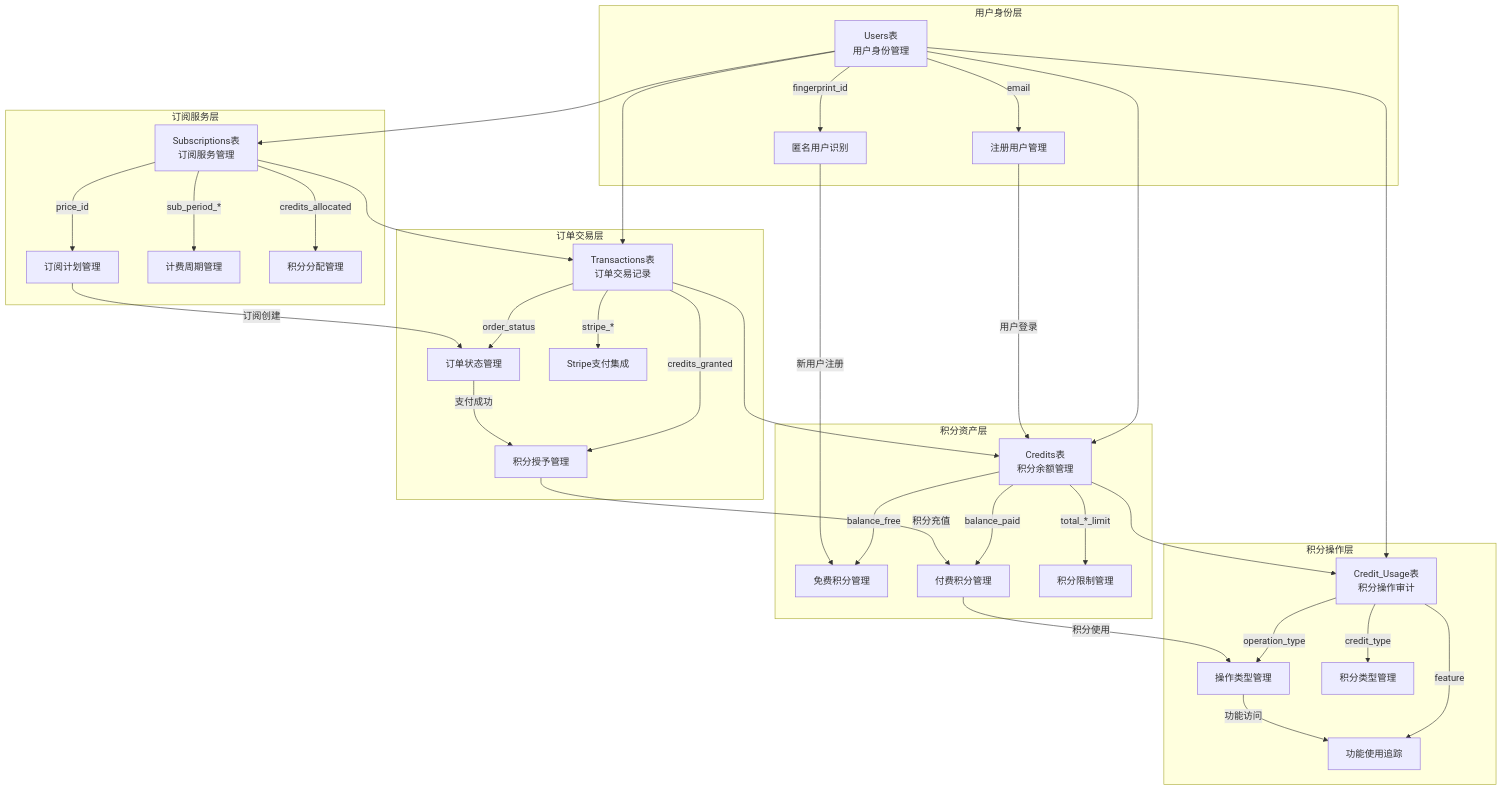
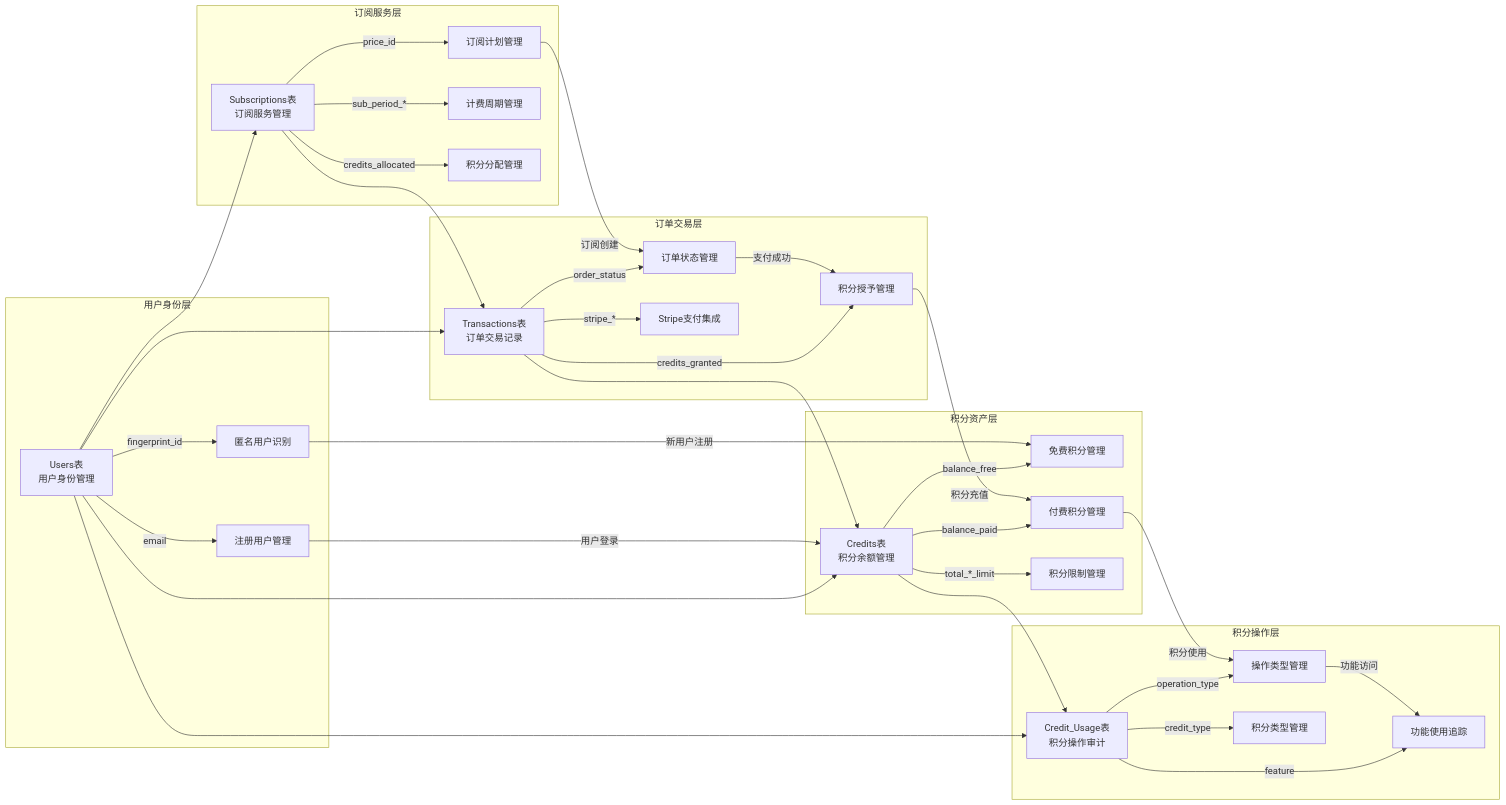
Before and after one commit to caofanCPU/diaomao: the second of 18 diagrams in docs/PaidDesign-v1.0.md, drawn with Mermaid. The commit also changed other lines of this file, not shown here.

Commit message:
fix(docs): mermaid fix

````diff
--- a/docs/PaidDesign-v1.0.md
+++ b/docs/PaidDesign-v1.0.md
@@ -518,55 +518,55 @@
 ```mermaid
-graph TB
+flowchart LR
     subgraph "用户身份层"
         U[Users表<br/>用户身份管理]
         U --> |fingerprint_id| A[匿名用户识别]
         U --> |email| R[注册用户管理]
     end
     
     subgraph "订阅服务层"
         S[Subscriptions表<br/>订阅服务管理]
         S --> |price_id| P[订阅计划管理]
         S --> |sub_period_*| C[计费周期管理]
         S --> |credits_allocated| I[积分分配管理]
     end
     
     subgraph "订单交易层"
         T[Transactions表<br/>订单交易记录]
         T --> |order_status| OS[订单状态管理]
         T --> |stripe_*| SP[Stripe支付集成]
         T --> |credits_granted| CG[积分授予管理]
     end
     
     subgraph "积分资产层"
         CR[Credits表<br/>积分余额管理]
         CR --> |balance_free| F[免费积分管理]
         CR --> |balance_paid| PD[付费积分管理]
         CR --> |total_*_limit| L[积分限制管理]
     end
     
     subgraph "积分操作层"
         CU[Credit_Usage表<br/>积分操作审计]
         CU --> |operation_type| OT[操作类型管理]
         CU --> |credit_type| CT[积分类型管理]
         CU --> |feature| FE[功能使用追踪]
     end
     
     %% 数据流转关系
     U --> S
     U --> T
     U --> CR
     U --> CU
     
     S --> T
     T --> CR
     CR --> CU
     
     %% 业务事件触发
     A --> |新用户注册| F
     R --> |用户登录| CR
     P --> |订阅创建| OS
     OS --> |支付成功| CG
     CG --> |积分充值| PD
     PD --> |积分使用| OT
     OT --> |功能访问| FE
 ```
````
